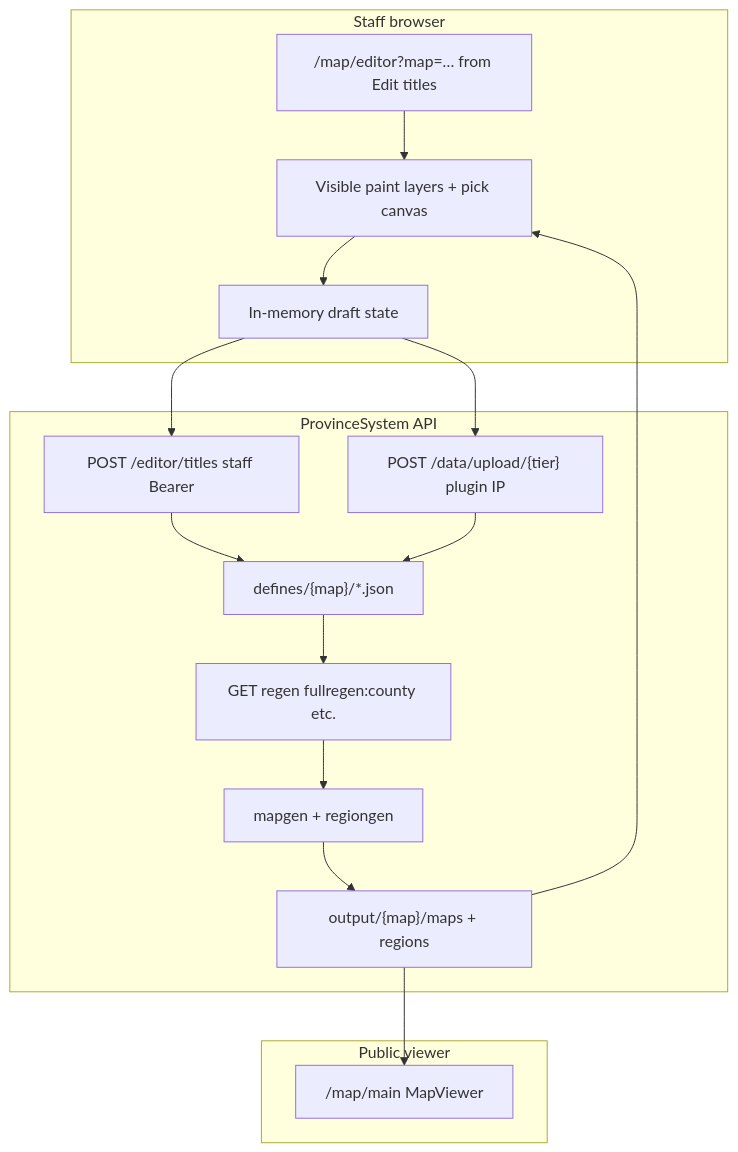
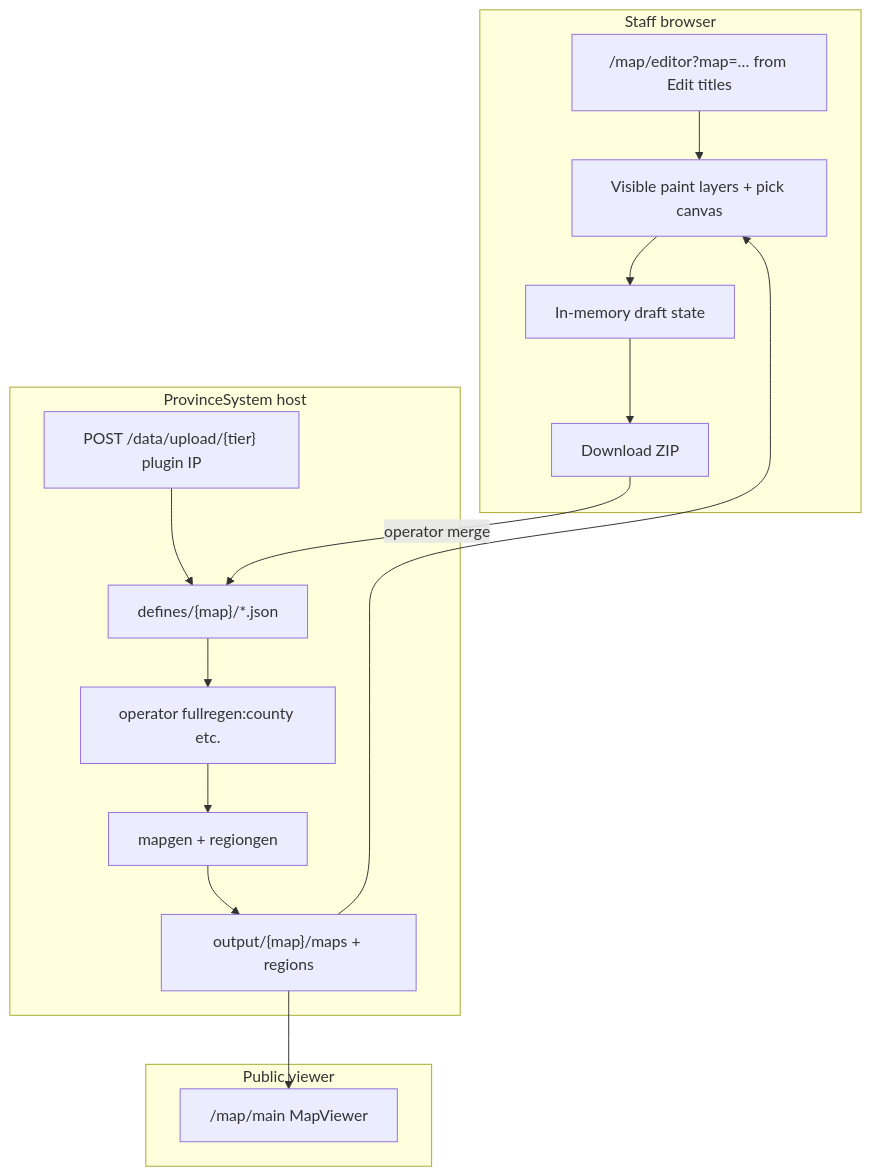
The diagram in projects/ProvinceSystem/docs/map/title-editor.md (TF-Minecraft/Docs), drawn with Mermaid before and after one commit. The commit also changed other lines of this file and 139 other files, not shown here.

````diff
--- a/projects/ProvinceSystem/docs/map/title-editor.md
+++ b/projects/ProvinceSystem/docs/map/title-editor.md
@@ -41,33 +41,32 @@
 ```mermaid
 flowchart TD
   subgraph staff [Staff browser]
     Editor["/map/editor?map=… from Edit titles"]
     Draft[In-memory draft state]
     Paint[Visible paint layers + pick canvas]
+    Write["Download ZIP"]
   end
 
-  subgraph ps [ProvinceSystem API]
-    Write["POST /editor/titles staff Bearer"]
+  subgraph ps [ProvinceSystem host]
     Upload["POST /data/upload/{tier} plugin IP"]
-    Regen["GET regen fullregen:county etc."]
+    Regen["operator fullregen:county etc."]
     Defines["defines/{map}/*.json"]
     Mapgen[mapgen + regiongen]
     Output["output/{map}/maps + regions"]
   end
 
   subgraph public [Public viewer]
     Viewer["/map/main MapViewer"]
   end
 
   Editor --> Paint
   Paint --> Draft
   Draft --> Write
-  Write --> Defines
-  Draft --> Upload
+  Write -->|operator merge| Defines
   Upload --> Defines
   Defines --> Regen
   Regen --> Mapgen
   Mapgen --> Output
   Output --> Viewer
   Output --> Paint
 ```
````
